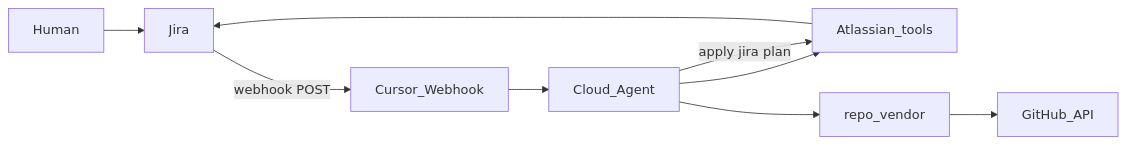
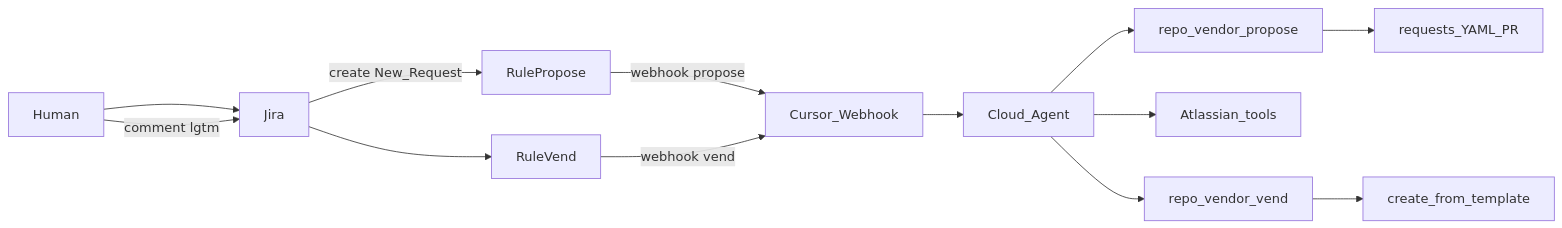
Before and after one commit to pete-leese/agentic-repo-vending: the diagram in docs/jira-setup.md, drawn with Mermaid. The commit also changed other lines of this file and 49 other files, not shown here.

First line of the commit message:
Two-phase propose/approve, evals JSON, and Jira import tooling (#4)

````diff
--- a/docs/jira-setup.md
+++ b/docs/jira-setup.md
@@ -7,11 +7,15 @@
 ```mermaid
 flowchart LR
   Human --> Jira
-  Jira -->|webhook POST| CursorWH[Cursor_Webhook]
+  Jira -->|create New_Request| RulePropose
+  RulePropose -->|webhook propose| CursorWH[Cursor_Webhook]
   CursorWH --> Agent[Cloud_Agent]
+  Agent --> CLIPropose[repo_vendor_propose]
+  CLIPropose --> SpecPR[requests_YAML_PR]
   Agent --> Atlassian[Atlassian_tools]
-  Atlassian --> Jira
-  Agent --> CLI[repo_vendor]
-  CLI --> GitHub[GitHub_API]
-  Agent -->|apply jira plan| Atlassian
+  Human -->|comment lgtm| Jira
+  Jira --> RuleVend
+  RuleVend -->|webhook vend| CursorWH
+  Agent --> CLIVend[repo_vendor_vend]
+  CLIVend --> GitHub[create_from_template]
 ```
````
